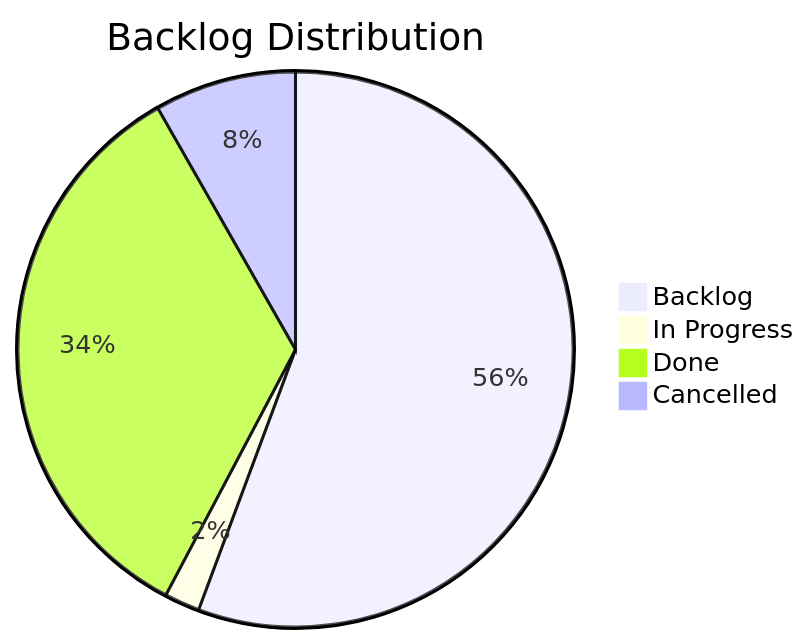
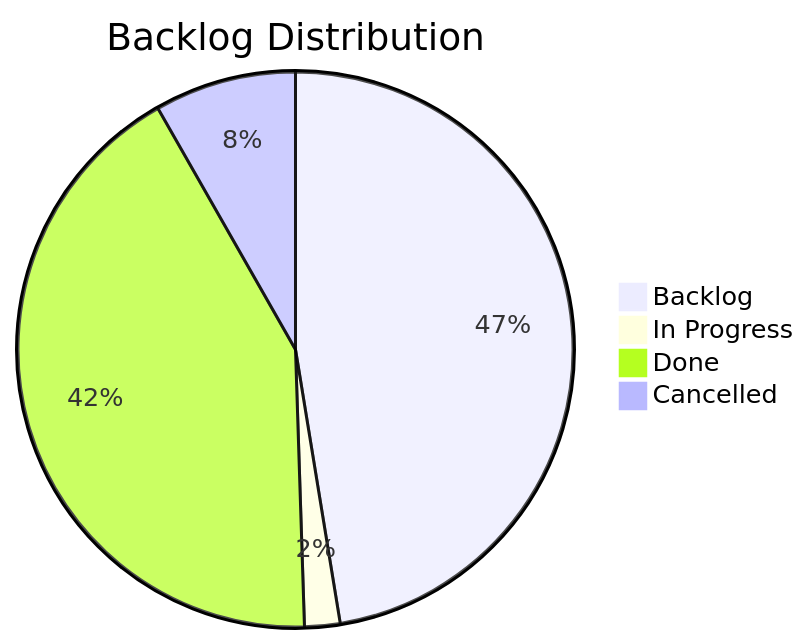
One commit to TheCodeCreature/Hytale-Example-Plugin changed the diagram in docs/board.md. Above: the diagram before and after it, drawn with Mermaid. The commit also changed other lines of this file and 12 other files, not shown here.

````diff
--- a/docs/board.md
+++ b/docs/board.md
@@ -7,7 +7,7 @@
 ```mermaid
 pie title Backlog Distribution
-    "Backlog" : 54
+    "Backlog" : 46
     "In Progress" : 2
-    "Done" : 33
+    "Done" : 41
     "Cancelled" : 8
 ```
````
